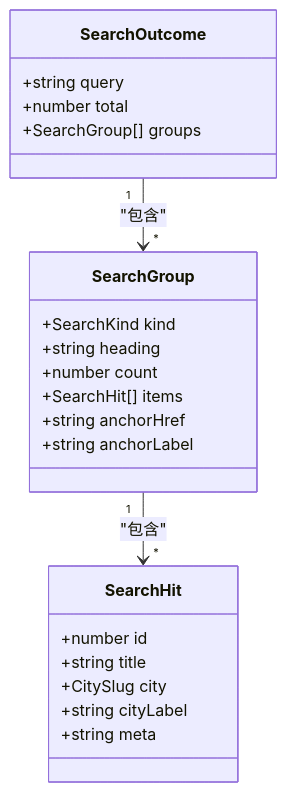
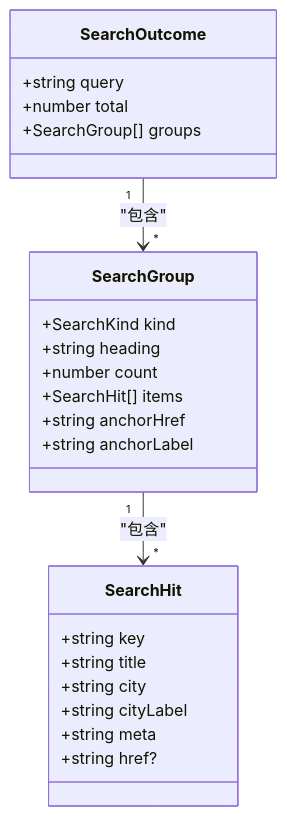
Before and after one commit to luyitiger6/my-first-project: the fifth of 8 diagrams in .qoder/repowiki/zh/content/规格驱动开发/WanderChain 首页规格文档/WanderChain 搜索页面规格.md, drawn with Mermaid. The commit also changed other lines of this file and 36 other files, not shown here.

````diff
--- a/.qoder/repowiki/zh/content/规格驱动开发/WanderChain 首页规格文档/WanderChain 搜索页面规格.md
+++ b/.qoder/repowiki/zh/content/规格驱动开发/WanderChain 首页规格文档/WanderChain 搜索页面规格.md
@@ -223,25 +236,26 @@
 ```mermaid
 classDiagram
 class SearchHit {
-+number id
++string key
 +string title
-+CitySlug city
++string city
 +string cityLabel
 +string meta
++string href?
 }
 class SearchGroup {
 +SearchKind kind
 +string heading
 +number count
 +SearchHit[] items
 +string anchorHref
 +string anchorLabel
 }
 class SearchOutcome {
 +string query
 +number total
 +SearchGroup[] groups
 }
 SearchOutcome "1" --> "*" SearchGroup : "包含"
 SearchGroup "1" --> "*" SearchHit : "包含"
 ```
````
